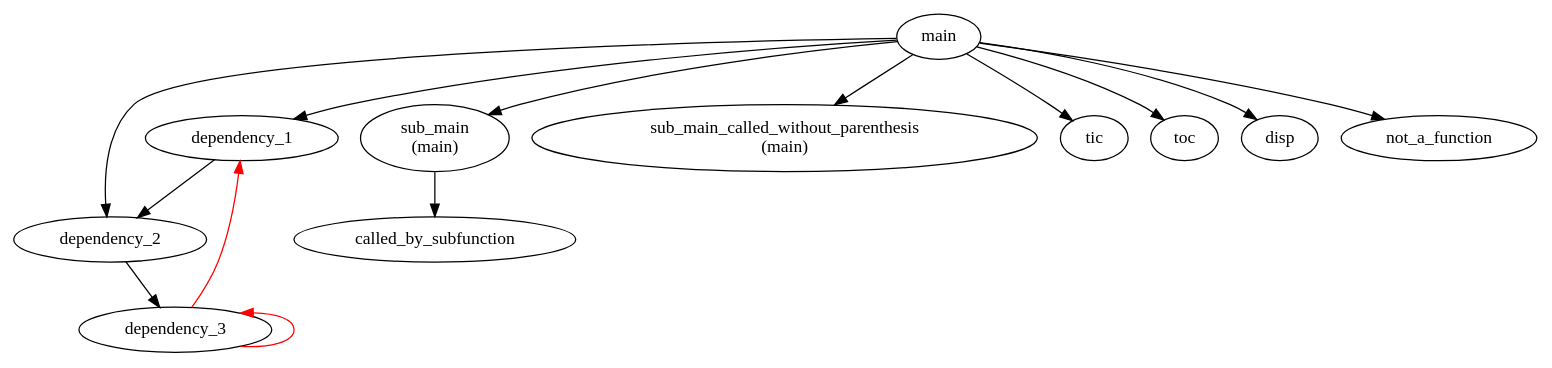
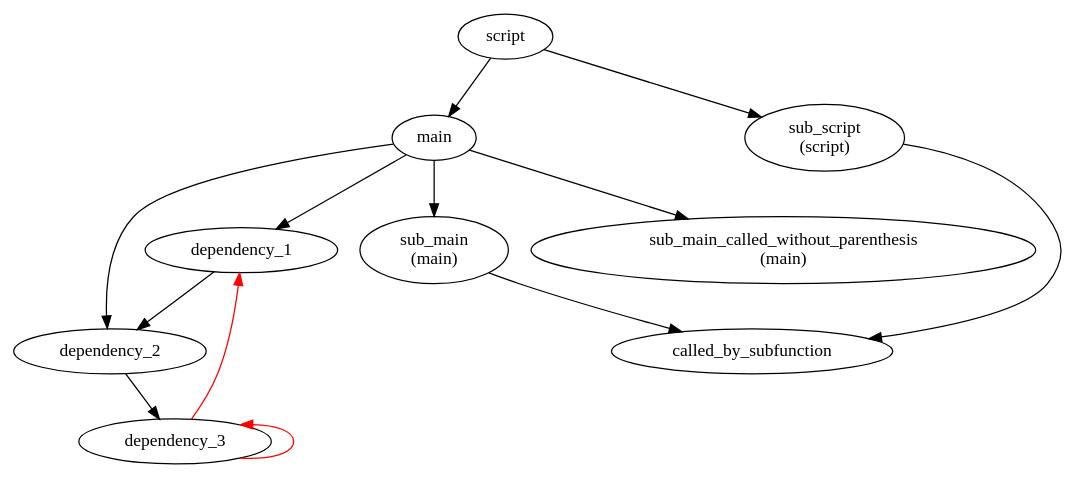
Before and after one commit to KaeroDot/mDepGen: the diagram in test_functions/_expected_output.dot, drawn with Graphviz. The commit also changed 3 other files, not shown here.

```diff
--- a/test_functions/_expected_output.dot
+++ b/test_functions/_expected_output.dot
@@ -1,17 +1,16 @@
 /* Generated by mDepGen */
 digraph dep {
 node [shape = oval];
+"script" -> "main" ;
 "main" -> "dependency_1" ;
 "dependency_1" -> "dependency_2" ;
 "dependency_2" -> "dependency_3" ;
 "dependency_3" -> "dependency_1"  [color=red];
 "dependency_3" -> "dependency_3"  [color=red dir=back];
 "main" -> "dependency_2" ;
 "main" -> "sub_main\n (main)" ;
 "sub_main\n (main)" -> "called_by_subfunction" ;
 "main" -> "sub_main_called_without_parenthesis\n (main)" ;
-"main" -> "tic" ;
-"main" -> "toc" ;
-"main" -> "disp" ;
-"main" -> "not_a_function" ;
+"script" -> "sub_script\n (script)" ;
+"sub_script\n (script)" -> "called_by_subfunction" ;
 }
```
